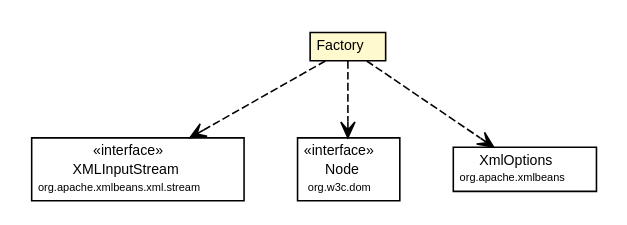
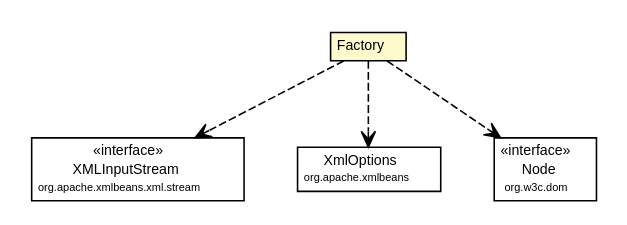
Before and after one commit to synchronoss/cpo-api: the diagram in site/apidocs/org/synchronoss/cpo/jdbc/cpoJdbcConfig/CtJdbcConfig.Factory.dot, drawn with Graphviz. The commit also changed 872 other files, not shown here.

```diff
--- a/site/apidocs/org/synchronoss/cpo/jdbc/cpoJdbcConfig/CtJdbcConfig.Factory.dot
+++ b/site/apidocs/org/synchronoss/cpo/jdbc/cpoJdbcConfig/CtJdbcConfig.Factory.dot
@@ -1,45 +1,45 @@
 #!/usr/local/bin/dot
 #
 # Class diagram 
 # Generated by UmlGraph version 4.6 (http://www.spinellis.gr/sw/umlgraph)
 #
 
 digraph G {
 	edge [fontname="Helvetica",fontsize=10,labelfontname="Helvetica",labelfontsize=10];
 	node [fontname="Helvetica",fontsize=10,shape=plaintext];
 	// org.synchronoss.cpo.jdbc.cpoJdbcConfig.CtJdbcConfig.Factory
 	c41067 [label=<<table border="0" cellborder="1" cellspacing="0" cellpadding="2" port="p" bgcolor="lemonChiffon" href="./CtJdbcConfig.Factory.html">
 		<tr><td><table border="0" cellspacing="0" cellpadding="1">
 			<tr><td> Factory </td></tr>
 		</table></td></tr>
 		</table>>, fontname="Helvetica", fontcolor="black", fontsize=9.0];
 	// org.synchronoss.cpo.jdbc.cpoJdbcConfig.CtJdbcConfig.Factory DEPEND org.apache.xmlbeans.xml.stream.XMLInputStream
 	c41067:p -> c41128:p [taillabel="", label="", headlabel="", fontname="Helvetica", fontcolor="black", fontsize=10.0, color="black", arrowhead=open, style=dashed];
+	// org.synchronoss.cpo.jdbc.cpoJdbcConfig.CtJdbcConfig.Factory DEPEND org.apache.xmlbeans.XmlOptions
+	c41067:p -> c41129:p [taillabel="", label="", headlabel="", fontname="Helvetica", fontcolor="black", fontsize=10.0, color="black", arrowhead=open, style=dashed];
 	// org.synchronoss.cpo.jdbc.cpoJdbcConfig.CtJdbcConfig.Factory DEPEND org.w3c.dom.Node
-	c41067:p -> c41129:p [taillabel="", label="", headlabel="", fontname="Helvetica", fontcolor="black", fontsize=10.0, color="black", arrowhead=open, style=dashed];
-	// org.synchronoss.cpo.jdbc.cpoJdbcConfig.CtJdbcConfig.Factory DEPEND org.apache.xmlbeans.XmlOptions
 	c41067:p -> c41130:p [taillabel="", label="", headlabel="", fontname="Helvetica", fontcolor="black", fontsize=10.0, color="black", arrowhead=open, style=dashed];
 	// org.apache.xmlbeans.xml.stream.XMLInputStream
 	c41128 [label=<<table border="0" cellborder="1" cellspacing="0" cellpadding="2" port="p" href="http://java.sun.com/j2se/1.4.2/docs/api/org/apache/xmlbeans/xml/stream/XMLInputStream.html">
 		<tr><td><table border="0" cellspacing="0" cellpadding="1">
 			<tr><td> &laquo;interface&raquo; </td></tr>
 			<tr><td> XMLInputStream </td></tr>
 			<tr><td><font point-size="7.0"> org.apache.xmlbeans.xml.stream </font></td></tr>
 		</table></td></tr>
 		</table>>, fontname="Helvetica", fontcolor="black", fontsize=9.0];
 	// org.apache.xmlbeans.XmlOptions
-	c41130 [label=<<table border="0" cellborder="1" cellspacing="0" cellpadding="2" port="p" href="http://java.sun.com/j2se/1.4.2/docs/api/org/apache/xmlbeans/XmlOptions.html">
+	c41129 [label=<<table border="0" cellborder="1" cellspacing="0" cellpadding="2" port="p" href="http://java.sun.com/j2se/1.4.2/docs/api/org/apache/xmlbeans/XmlOptions.html">
 		<tr><td><table border="0" cellspacing="0" cellpadding="1">
 			<tr><td> XmlOptions </td></tr>
 			<tr><td><font point-size="7.0"> org.apache.xmlbeans </font></td></tr>
 		</table></td></tr>
 		</table>>, fontname="Helvetica", fontcolor="black", fontsize=9.0];
 	// org.w3c.dom.Node
-	c41129 [label=<<table border="0" cellborder="1" cellspacing="0" cellpadding="2" port="p" href="http://java.sun.com/j2se/1.4.2/docs/api/org/w3c/dom/Node.html">
+	c41130 [label=<<table border="0" cellborder="1" cellspacing="0" cellpadding="2" port="p" href="http://java.sun.com/j2se/1.4.2/docs/api/org/w3c/dom/Node.html">
 		<tr><td><table border="0" cellspacing="0" cellpadding="1">
 			<tr><td> &laquo;interface&raquo; </td></tr>
 			<tr><td> Node </td></tr>
 			<tr><td><font point-size="7.0"> org.w3c.dom </font></td></tr>
 		</table></td></tr>
 		</table>>, fontname="Helvetica", fontcolor="black", fontsize=9.0];
 }
```
